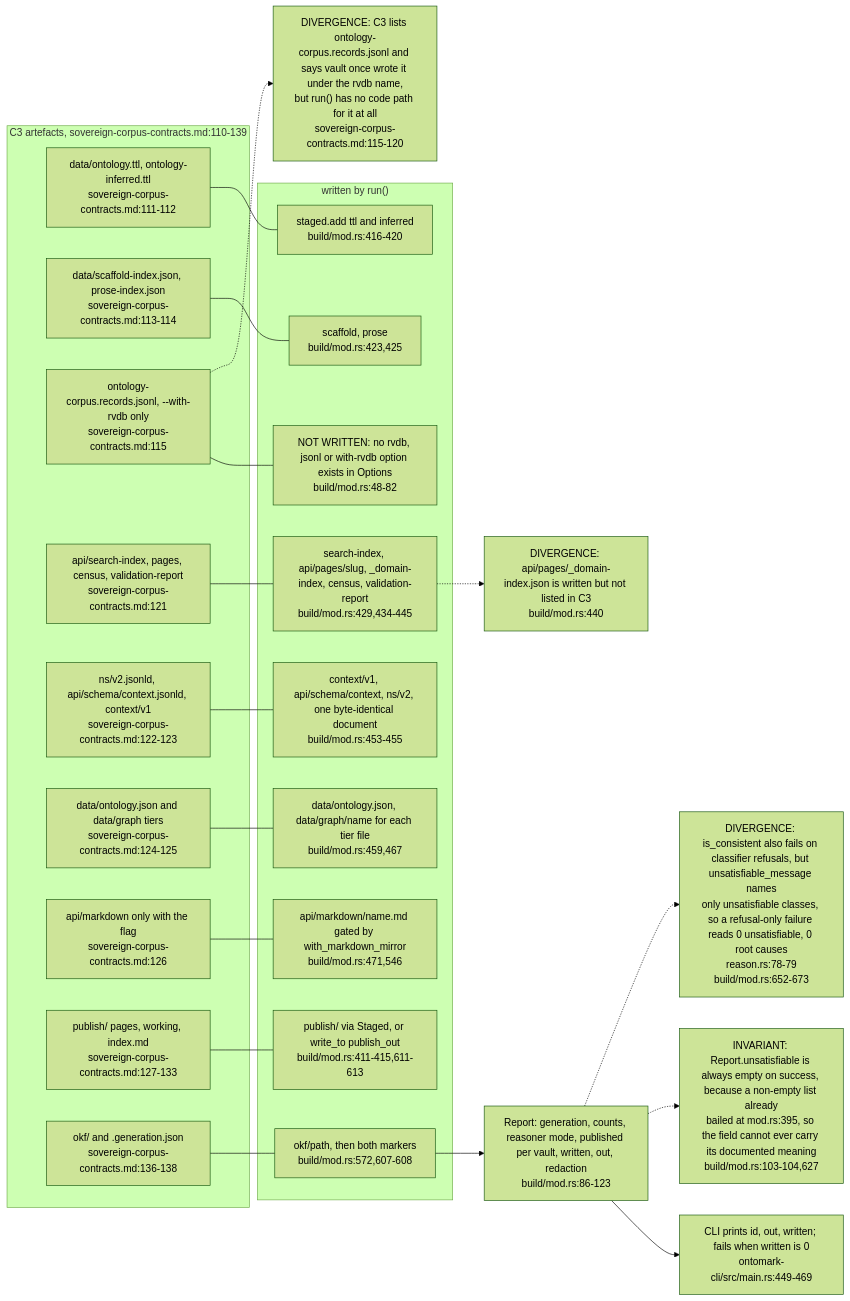
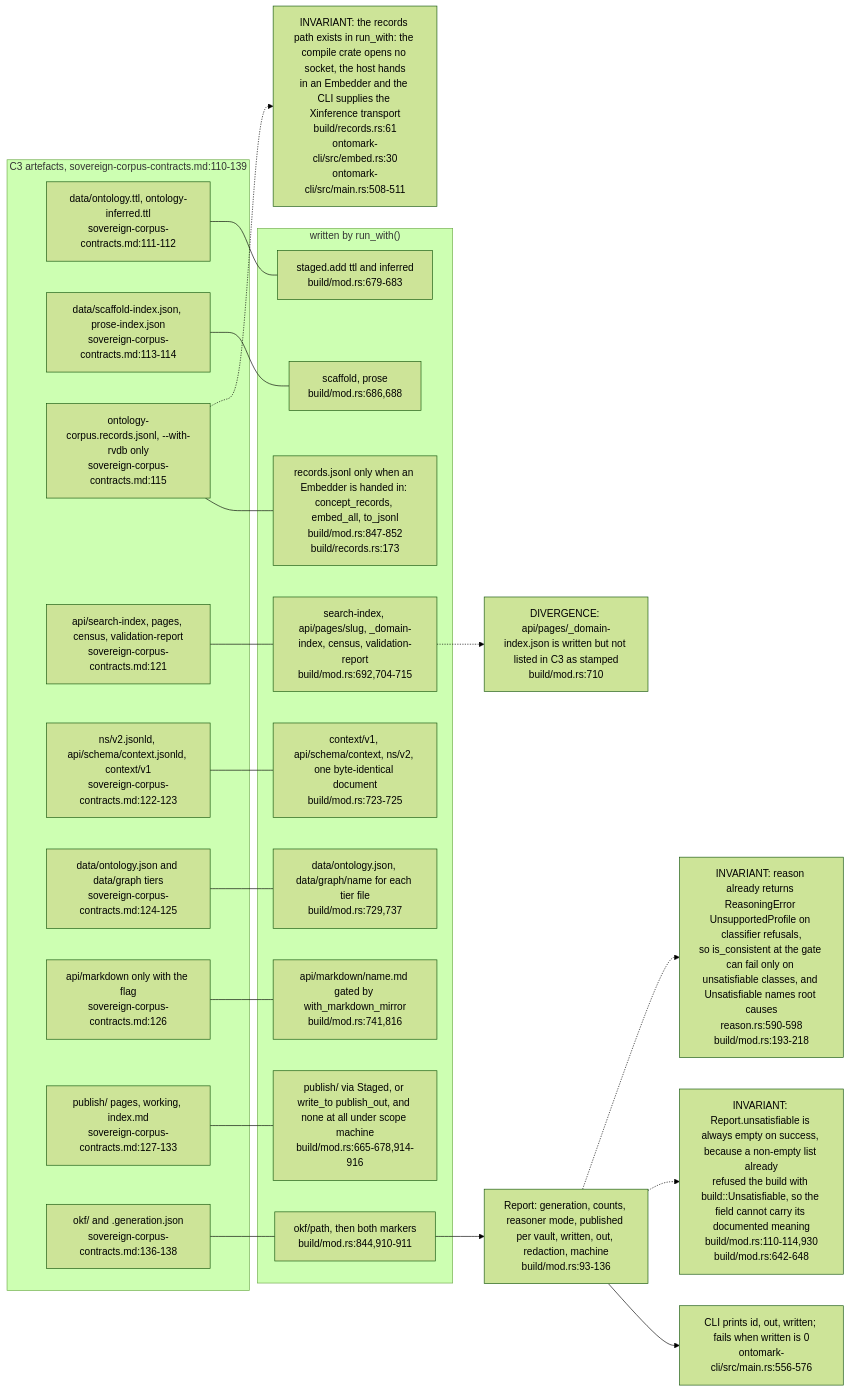
The seventh of 7 diagrams in docs/diagrams/ontomark/03-build-run-gates-staging-and-generation.md (DreamLab-AI/VisionFlow), drawn with Mermaid (forest theme) before and after one commit. The commit also changed other lines of this file and 10 other files, not shown here.

First line of the commit message:
docs(diagrams): re-stamp the ontomark corpus at ee9e04a; OM-06 machine scope and ingest contract

````diff
--- a/docs/diagrams/ontomark/03-build-run-gates-staging-and-generation.md
+++ b/docs/diagrams/ontomark/03-build-run-gates-staging-and-generation.md
@@ -241,45 +252,45 @@
 ```mermaid
 flowchart LR
     subgraph C3["C3 artefacts, sovereign-corpus-contracts.md:110-139"]
         A1["data/ontology.ttl, ontology-inferred.ttl<br/>sovereign-corpus-contracts.md:111-112"]
         A2["data/scaffold-index.json, prose-index.json<br/>sovereign-corpus-contracts.md:113-114"]
         A3["ontology-corpus.records.jsonl, --with-rvdb only<br/>sovereign-corpus-contracts.md:115"]
         A4["api/search-index, pages, census, validation-report<br/>sovereign-corpus-contracts.md:121"]
         A5["ns/v2.jsonld, api/schema/context.jsonld, context/v1<br/>sovereign-corpus-contracts.md:122-123"]
         A6["data/ontology.json and data/graph tiers<br/>sovereign-corpus-contracts.md:124-125"]
         A7["api/markdown only with the flag<br/>sovereign-corpus-contracts.md:126"]
         A8["publish/ pages, working, index.md<br/>sovereign-corpus-contracts.md:127-133"]
         A9["okf/ and .generation.json<br/>sovereign-corpus-contracts.md:136-138"]
     end
-    subgraph RUN["written by run()"]
-        W1["staged.add ttl and inferred<br/>build/mod.rs:416-420"]
-        W2["scaffold, prose<br/>build/mod.rs:423,425"]
-        W3["NOT WRITTEN: no rvdb, jsonl or with-rvdb option exists in Options<br/>build/mod.rs:48-82"]
-        W4["search-index, api/pages/slug, _domain-index, census, validation-report<br/>build/mod.rs:429,434-445"]
-        W5["context/v1, api/schema/context, ns/v2, one byte-identical document<br/>build/mod.rs:453-455"]
-        W6["data/ontology.json, data/graph/name for each tier file<br/>build/mod.rs:459,467"]
-        W7["api/markdown/name.md gated by with_markdown_mirror<br/>build/mod.rs:471,546"]
-        W8["publish/ via Staged, or write_to publish_out<br/>build/mod.rs:411-415,611-613"]
-        W9["okf/path, then both markers<br/>build/mod.rs:572,607-608"]
+    subgraph RUN["written by run_with()"]
+        W1["staged.add ttl and inferred<br/>build/mod.rs:679-683"]
+        W2["scaffold, prose<br/>build/mod.rs:686,688"]
+        W3["records.jsonl only when an Embedder is handed in: concept_records, embed_all, to_jsonl<br/>build/mod.rs:847-852<br/>build/records.rs:173"]
+        W4["search-index, api/pages/slug, _domain-index, census, validation-report<br/>build/mod.rs:692,704-715"]
+        W5["context/v1, api/schema/context, ns/v2, one byte-identical document<br/>build/mod.rs:723-725"]
+        W6["data/ontology.json, data/graph/name for each tier file<br/>build/mod.rs:729,737"]
+        W7["api/markdown/name.md gated by with_markdown_mirror<br/>build/mod.rs:741,816"]
+        W8["publish/ via Staged, or write_to publish_out, and none at all under scope machine<br/>build/mod.rs:665-678,914-916"]
+        W9["okf/path, then both markers<br/>build/mod.rs:844,910-911"]
     end
-    RPT["Report: generation, counts, reasoner mode, published per vault, written, out, redaction<br/>build/mod.rs:86-123"]
-    CLI["CLI prints id, out, written; fails when written is 0<br/>ontomark-cli/src/main.rs:449-469"]
-    N1["DIVERGENCE: C3 lists ontology-corpus.records.jsonl and says vault once wrote it under the rvdb name,<br/>but run() has no code path for it at all<br/>sovereign-corpus-contracts.md:115-120"]
-    N2["DIVERGENCE: api/pages/_domain-index.json is written but not listed in C3<br/>build/mod.rs:440"]
-    N3["INVARIANT: Report.unsatisfiable is always empty on success, because a non-empty list already<br/>bailed at mod.rs:395, so the field cannot ever carry its documented meaning<br/>build/mod.rs:103-104,627"]
-    N4["DIVERGENCE: is_consistent also fails on classifier refusals, but unsatisfiable_message names<br/>only unsatisfiable classes, so a refusal-only failure reads 0 unsatisfiable, 0 root causes<br/>reason.rs:78-79<br/>build/mod.rs:652-673"]
+    RPT["Report: generation, counts, reasoner mode, published per vault, written, out, redaction, machine<br/>build/mod.rs:93-136"]
+    CLI["CLI prints id, out, written; fails when written is 0<br/>ontomark-cli/src/main.rs:556-576"]
+    N1["INVARIANT: the records path exists in run_with: the compile crate opens no socket, the host hands<br/>in an Embedder and the CLI supplies the Xinference transport<br/>build/records.rs:61<br/>ontomark-cli/src/embed.rs:30<br/>ontomark-cli/src/main.rs:508-511"]
+    N2["DIVERGENCE: api/pages/_domain-index.json is written but not listed in C3 as stamped<br/>build/mod.rs:710"]
+    N3["INVARIANT: Report.unsatisfiable is always empty on success, because a non-empty list already<br/>refused the build with build::Unsatisfiable, so the field cannot carry its documented meaning<br/>build/mod.rs:110-114,930<br/>build/mod.rs:642-648"]
+    N4["INVARIANT: reason already returns ReasoningError UnsupportedProfile on classifier refusals,<br/>so is_consistent at the gate can fail only on unsatisfiable classes, and Unsatisfiable names root causes<br/>reason.rs:590-598<br/>build/mod.rs:193-218"]
     A1 --- W1
     A2 --- W2
     A3 --- W3
     A4 --- W4
     A5 --- W5
     A6 --- W6
     A7 --- W7
     A8 --- W8
     A9 --- W9
     W9 --> RPT --> CLI
     A3 -.-> N1
     W4 -.-> N2
     RPT -.-> N3
     RPT -.-> N4
 ```
````
